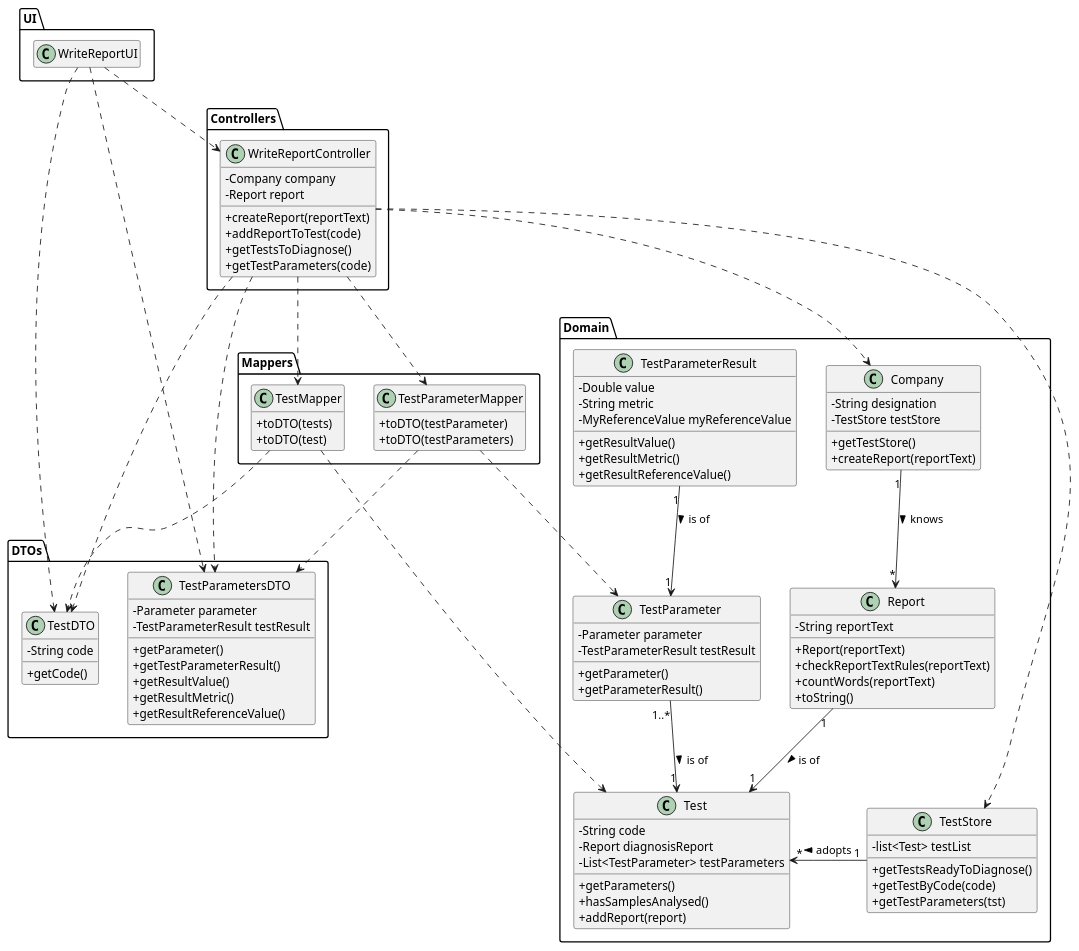
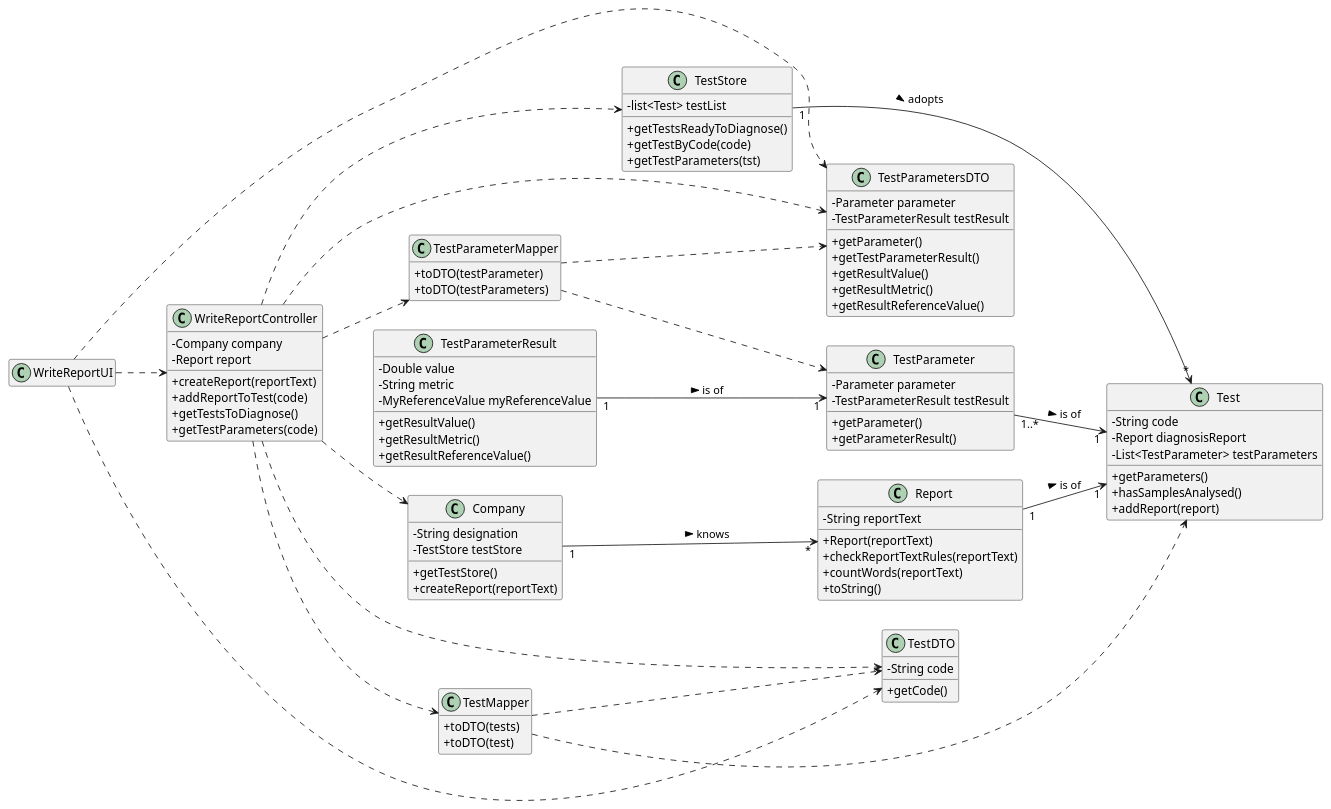
One commit to ana-albergaria/LAPR2-ISEP changed the diagram in docs/SprintC/US_14/US14_CD.puml. Above: the diagram before and after it, drawn with PlantUML. The commit also changed 6 other files, not shown here.

```diff
--- a/docs/SprintC/US_14/US14_CD.puml
+++ b/docs/SprintC/US_14/US14_CD.puml
@@ -1,130 +1,110 @@
 @startuml
 hide empty methods
 hide empty attributes
-'left to right direction
+left to right direction
 skinparam classAttributeIconSize 0
-
-package Domain {
 
 class Company {
     -String designation
     -TestStore testStore
     +getTestStore()
     +createReport(reportText)
 }
 
 class Report {
     - String reportText
     + Report(reportText)
     + checkReportTextRules(reportText)
     + countWords(reportText)
     + toString()
 }
 
 class Test {
     -String code
     -Report diagnosisReport
     -List<TestParameter> testParameters
     +getParameters()
     +hasSamplesAnalysed()
     +addReport(report)
 }
 
 class TestParameter {
     -Parameter parameter
     -TestParameterResult testResult
     +getParameter()
     +getParameterResult()
 }
 
 class TestParameterResult {
     -Double value
     -String metric
     -MyReferenceValue myReferenceValue
     +getResultValue()
     +getResultMetric()
     +getResultReferenceValue()
 }
 
 class TestStore {
     -list<Test> testList
     +getTestsReadyToDiagnose()
     +getTestByCode(code)
     +getTestParameters(tst)
 }
 
-}
-
-package Mappers {
-
 class TestMapper {
     +toDTO(tests)
     +toDTO(test)
 }
 
 class TestParameterMapper {
     +toDTO(testParameter)
     +toDTO(testParameters)
 }
-
-}
-
-package DTOs {
 
 class TestDTO {
     -String code
     +getCode()
 }
 
 class TestParametersDTO {
     -Parameter parameter
     -TestParameterResult testResult
     +getParameter()
     +getTestParameterResult()
     +getResultValue()
     +getResultMetric()
     +getResultReferenceValue()
 }
 
-}
-
-package Controllers {
-
 class WriteReportController {
     -Company company
     -Report report
     +createReport(reportText)
     +addReportToTest(code)
     +getTestsToDiagnose()
     +getTestParameters(code)
 }
 
-}
-
-package UI {
-
 class WriteReportUI {
-}
-
 }
 
 WriteReportUI ..> WriteReportController
 WriteReportUI ..> TestDTO
 WriteReportUI ..> TestParametersDTO
 WriteReportController ..> TestMapper
 WriteReportController ..> TestParameterMapper
 WriteReportController ..> Company
 WriteReportController ..> TestStore
 WriteReportController ..> TestDTO
 WriteReportController ..> TestParametersDTO
 TestStore "1" -> "*" Test : adopts >
 Company "1" --> "*" Report : knows >
 Report "1" --> "1" Test : is of >
 TestParameter "1..*" --> "1" Test : is of >
 TestParameterResult "1" --> "1" TestParameter : is of >
 TestMapper ..> Test
 TestParameterMapper ..> TestParameter
 TestMapper ..> TestDTO
 TestParameterMapper ..> TestParametersDTO
 
 @enduml
```
